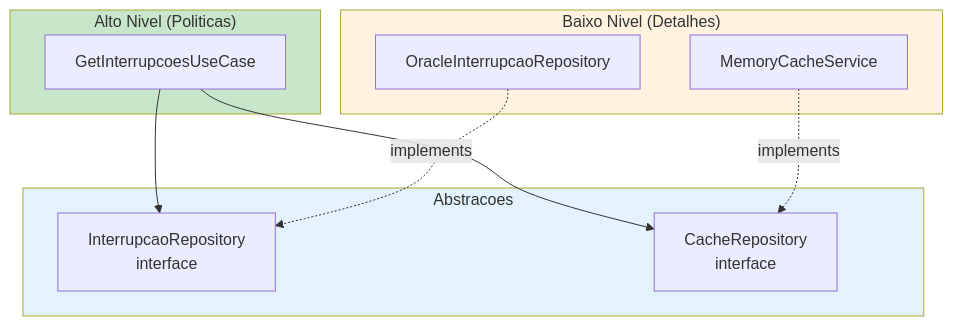
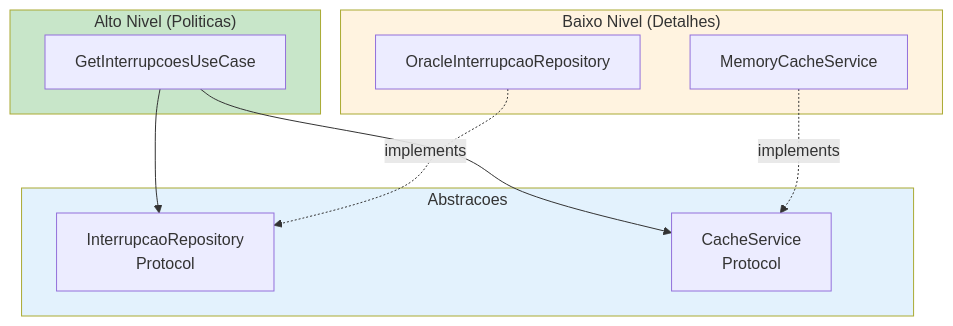
The fourth of 4 diagrams in docs/development/02-solid-principles.md (devenergia/radar), drawn with Mermaid before and after one commit. The commit also changed other lines of this file and 5 other files, not shown here.

````diff
--- a/docs/development/02-solid-principles.md
+++ b/docs/development/02-solid-principles.md
@@ -392,25 +439,25 @@
 ```mermaid
 flowchart TB
     subgraph Alto["Alto Nivel (Politicas)"]
         UC[GetInterrupcoesUseCase]
     end
 
     subgraph Abstracoes["Abstracoes"]
-        IR[InterrupcaoRepository<br/>interface]
-        CR[CacheRepository<br/>interface]
+        IR[InterrupcaoRepository<br/>Protocol]
+        CR[CacheService<br/>Protocol]
     end
 
     subgraph Baixo["Baixo Nivel (Detalhes)"]
         OIR[OracleInterrupcaoRepository]
         MCS[MemoryCacheService]
     end
 
     UC --> IR
     UC --> CR
     OIR -.->|implements| IR
     MCS -.->|implements| CR
 
     style Alto fill:#c8e6c9
     style Abstracoes fill:#e3f2fd
     style Baixo fill:#fff3e0
 ```
````
